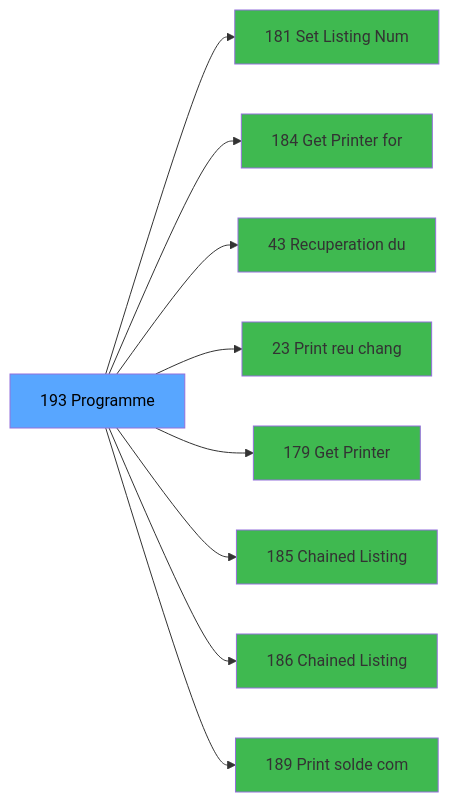
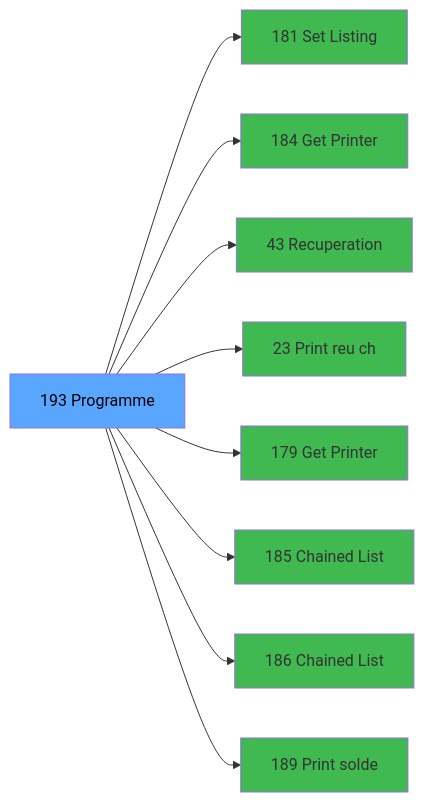
The third of 3 diagrams in .openspec/specs/ADH-IDE-193.md (thonyAGP/magic-migration), drawn with Mermaid before and after one commit. The commit also changed other lines of this file and 323 other files, not shown here.

````diff
--- a/.openspec/specs/ADH-IDE-193.md
+++ b/.openspec/specs/ADH-IDE-193.md
@@ -163,29 +198,29 @@
 ```mermaid
 graph LR
     T[193 Programme]
-    C181[181 Set Listing Num]
+    C181[181 Set Listing ]
     T --> C181
-    C184[184 Get Printer for]
+    C184[184 Get Printer ]
     T --> C184
-    C43[43 Recuperation du]
+    C43[43 Recuperation]
     T --> C43
-    C23[23 Print reu chang]
+    C23[23 Print reu ch]
     T --> C23
     C179[179 Get Printer]
     T --> C179
-    C185[185 Chained Listing]
+    C185[185 Chained List]
     T --> C185
-    C186[186 Chained Listing]
+    C186[186 Chained List]
     T --> C186
-    C189[189 Print solde com]
+    C189[189 Print solde ]
     T --> C189
     style T fill:#58a6ff,color:#000
     style C181 fill:#3fb950
     style C184 fill:#3fb950
     style C43 fill:#3fb950
     style C23 fill:#3fb950
     style C179 fill:#3fb950
     style C185 fill:#3fb950
     style C186 fill:#3fb950
     style C189 fill:#3fb950
 ```
````
